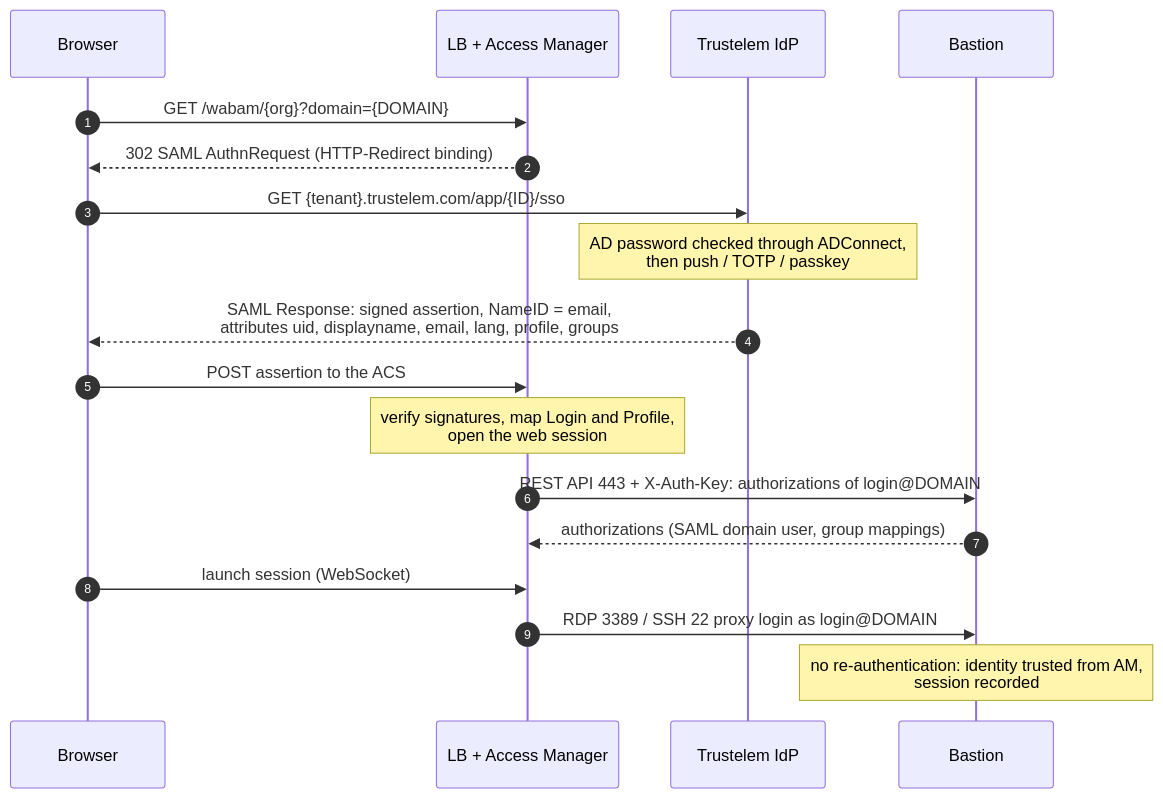
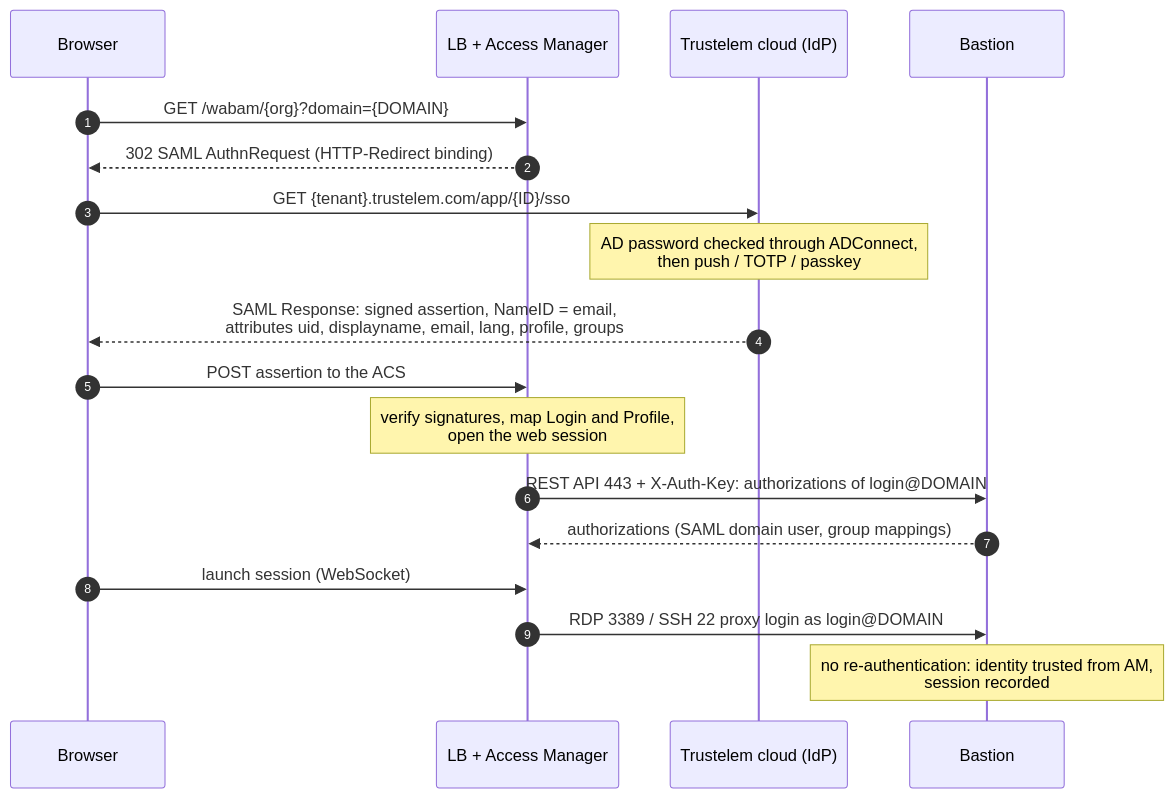
The third of 7 diagrams in docs/trustelem-bastion-access-manager-architecture.md (morandeirachema/Trustelem-), drawn with Mermaid before and after one commit. The commit also changed other lines of this file and 19 other files, not shown here.

Commit message:
Audit pass 2: diagrams synced with text, AM RADIUS listener 2812, Authentication domain name rule, gap B7

````diff
--- a/docs/trustelem-bastion-access-manager-architecture.md
+++ b/docs/trustelem-bastion-access-manager-architecture.md
@@ -312,20 +313,20 @@
 ```mermaid
 sequenceDiagram
     autonumber
     participant B as Browser
     participant AM as LB + Access Manager
-    participant T as Trustelem IdP
+    participant T as Trustelem cloud (IdP)
     participant BA as Bastion
     B->>AM: GET /wabam/{org}?domain={DOMAIN}
     AM-->>B: 302 SAML AuthnRequest (HTTP-Redirect binding)
     B->>T: GET {tenant}.trustelem.com/app/{ID}/sso
     Note over T: AD password checked through ADConnect,<br/>then push / TOTP / passkey
     T-->>B: SAML Response: signed assertion, NameID = email,<br/>attributes uid, displayname, email, lang, profile, groups
     B->>AM: POST assertion to the ACS
     Note over AM: verify signatures, map Login and Profile,<br/>open the web session
     AM->>BA: REST API 443 + X-Auth-Key: authorizations of login@DOMAIN
     BA-->>AM: authorizations (SAML domain user, group mappings)
     B->>AM: launch session (WebSocket)
     AM->>BA: RDP 3389 / SSH 22 proxy login as login@DOMAIN
     Note over BA: no re-authentication: identity trusted from AM,<br/>session recorded
 ```
````
